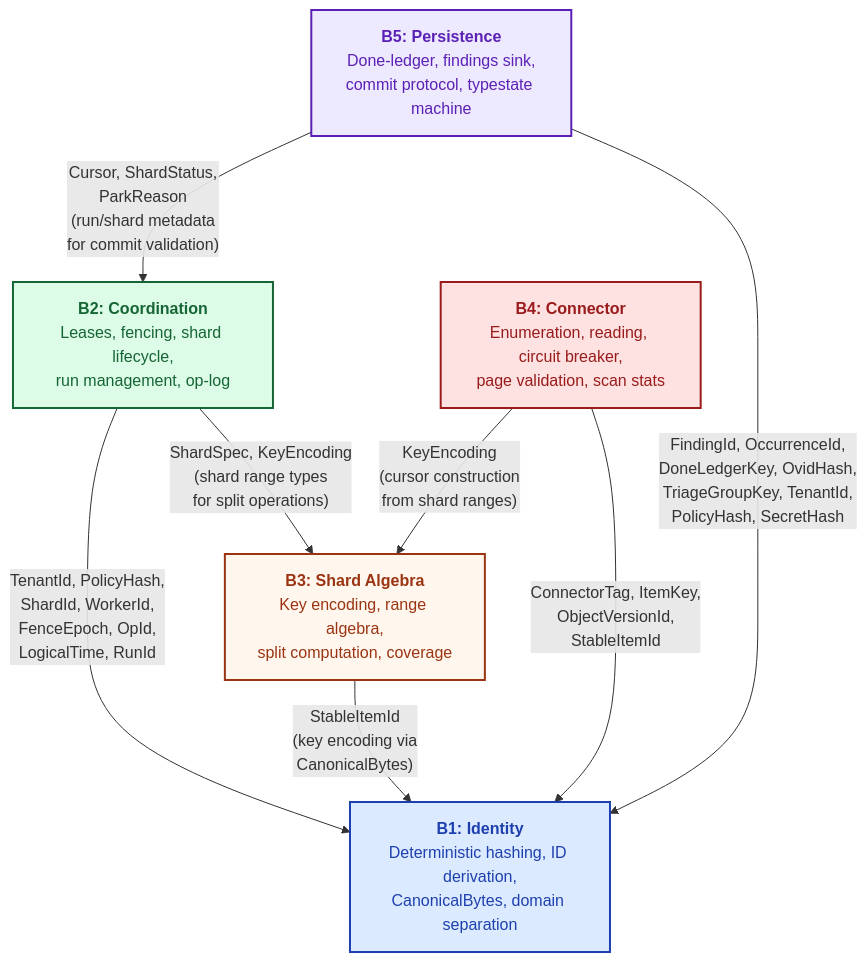
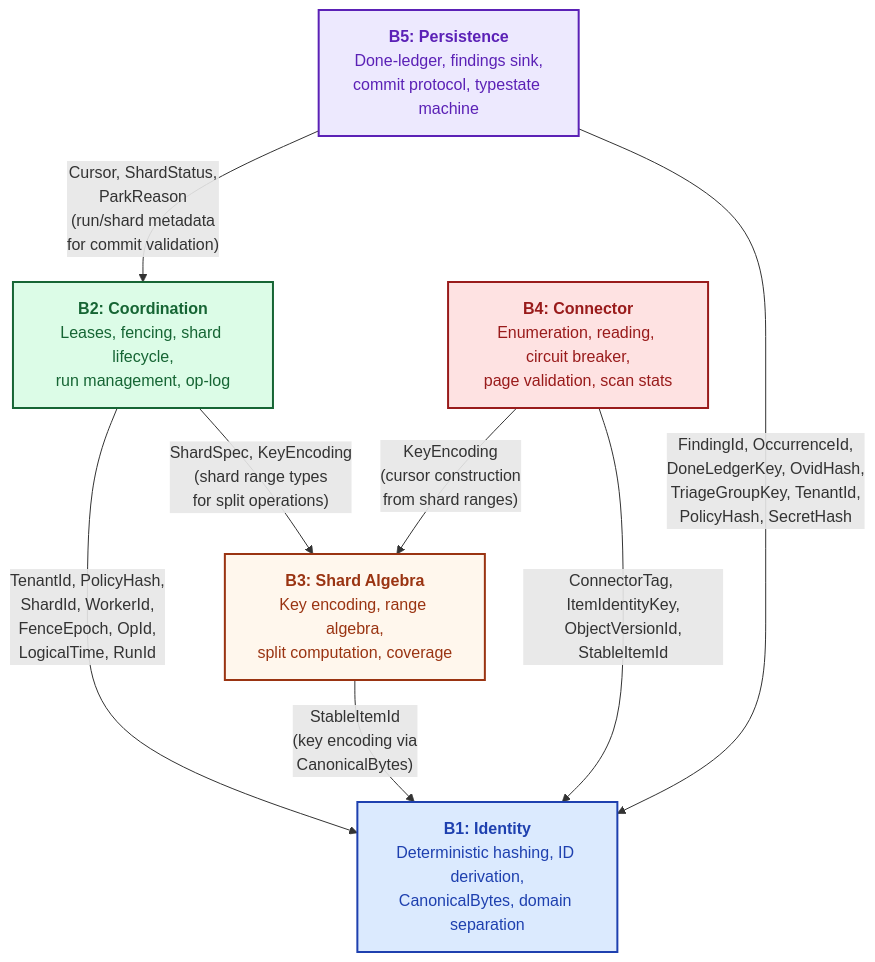
Before and after one commit to ahrav/Gossip-rs: the first of 3 diagrams in diagrams/02-boundary-dependency-graph.md, drawn with Mermaid. The commit also changed other lines of this file and 11 other files, not shown here.

First line of the commit message:
Rename `ItemKey` to `ItemIdentityKey` throughout codebase

````diff
--- a/diagrams/02-boundary-dependency-graph.md
+++ b/diagrams/02-boundary-dependency-graph.md
@@ -49,25 +49,25 @@
 ```mermaid
 %% Diagram: complete-type-annotated-dag
 graph TB
     B1["<b>B1: Identity</b><br/>Deterministic hashing, ID derivation,<br/>CanonicalBytes, domain separation"]
     B2["<b>B2: Coordination</b><br/>Leases, fencing, shard lifecycle,<br/>run management, op-log"]
     B3["<b>B3: Shard Algebra</b><br/>Key encoding, range algebra,<br/>split computation, coverage"]
     B4["<b>B4: Connector</b><br/>Enumeration, reading, circuit breaker,<br/>page validation, scan stats"]
     B5["<b>B5: Persistence</b><br/>Done-ledger, findings sink,<br/>commit protocol, typestate machine"]
 
     B2 -->|"TenantId, PolicyHash,<br/>ShardId, WorkerId,<br/>FenceEpoch, OpId,<br/>LogicalTime, RunId"| B1
     B3 -->|"StableItemId<br/>(key encoding via<br/>CanonicalBytes)"| B1
-    B4 -->|"ConnectorTag, ItemKey,<br/>ObjectVersionId,<br/>StableItemId"| B1
+    B4 -->|"ConnectorTag, ItemIdentityKey,<br/>ObjectVersionId,<br/>StableItemId"| B1
     B5 -->|"FindingId, OccurrenceId,<br/>DoneLedgerKey, OvidHash,<br/>TriageGroupKey, TenantId,<br/>PolicyHash, SecretHash"| B1
 
     B2 -->|"ShardSpec, KeyEncoding<br/>(shard range types<br/>for split operations)"| B3
     B4 -->|"KeyEncoding<br/>(cursor construction<br/>from shard ranges)"| B3
 
     B5 -->|"Cursor, ShardStatus,<br/>ParkReason<br/>(run/shard metadata<br/>for commit validation)"| B2
 
     style B1 fill:#DBEAFE,stroke:#1E40AF,stroke-width:2px,color:#1E40AF
     style B2 fill:#DCFCE7,stroke:#166534,stroke-width:2px,color:#166534
     style B3 fill:#FFF7ED,stroke:#9A3412,stroke-width:2px,color:#9A3412
     style B4 fill:#FEE2E2,stroke:#991B1B,stroke-width:2px,color:#991B1B
     style B5 fill:#EDE9FE,stroke:#5B21B6,stroke-width:2px,color:#5B21B6
 ```
````
